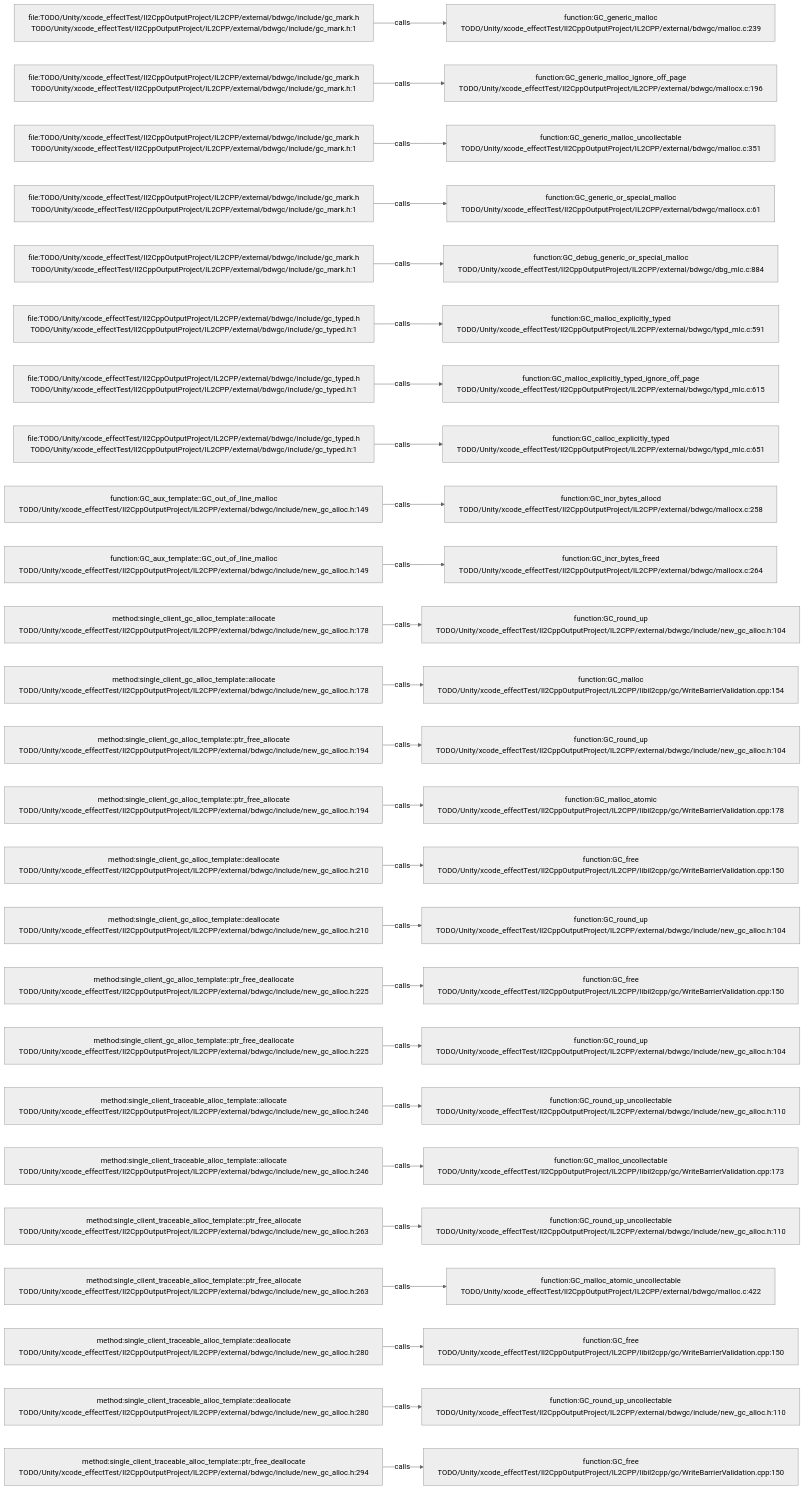
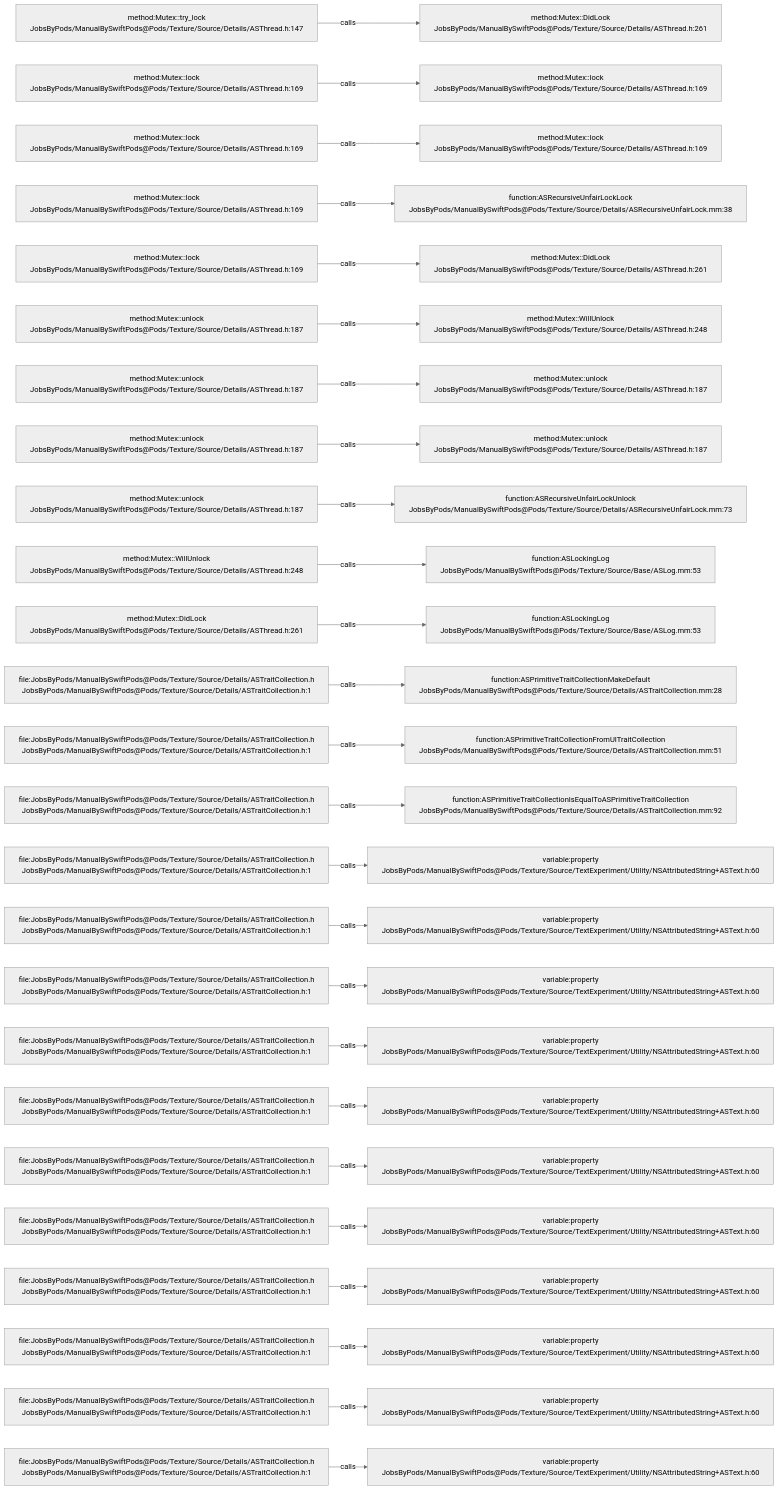
Before and after one commit to JobsKits/JobsSwiftBaseConfigDemo: the diagram in .codegraph/codegraph.md/graphs/calls-115.md, drawn with Mermaid (neutral theme). The commit also changed 2959 other files, not shown here.

````diff
--- a/.codegraph/codegraph.md/graphs/calls-115.md
+++ b/.codegraph/codegraph.md/graphs/calls-115.md
@@ -13,78 +13,78 @@
 ```mermaid
 flowchart LR
-  S1["file:TODO/Unity/xcode_effectTest/Il2CppOutputProject/IL2CPP/external/bdwgc/include/gc_mark.h<br/>TODO/Unity/xcode_effectTest/Il2CppOutputProject/IL2CPP/external/bdwgc/include/gc_mark.h:1"]
-  T1["function:GC_generic_malloc<br/>TODO/Unity/xcode_effectTest/Il2CppOutputProject/IL2CPP/external/bdwgc/malloc.c:239"]
+  S1["method:Mutex::try_lock<br/>JobsByPods/ManualBySwiftPods@Pods/Texture/Source/Details/ASThread.h:147"]
+  T1["method:Mutex::DidLock<br/>JobsByPods/ManualBySwiftPods@Pods/Texture/Source/Details/ASThread.h:261"]
   S1 -->|calls| T1
-  S2["file:TODO/Unity/xcode_effectTest/Il2CppOutputProject/IL2CPP/external/bdwgc/include/gc_mark.h<br/>TODO/Unity/xcode_effectTest/Il2CppOutputProject/IL2CPP/external/bdwgc/include/gc_mark.h:1"]
-  T2["function:GC_generic_malloc_ignore_off_page<br/>TODO/Unity/xcode_effectTest/Il2CppOutputProject/IL2CPP/external/bdwgc/mallocx.c:196"]
+  S2["method:Mutex::lock<br/>JobsByPods/ManualBySwiftPods@Pods/Texture/Source/Details/ASThread.h:169"]
+  T2["method:Mutex::lock<br/>JobsByPods/ManualBySwiftPods@Pods/Texture/Source/Details/ASThread.h:169"]
   S2 -->|calls| T2
-  S3["file:TODO/Unity/xcode_effectTest/Il2CppOutputProject/IL2CPP/external/bdwgc/include/gc_mark.h<br/>TODO/Unity/xcode_effectTest/Il2CppOutputProject/IL2CPP/external/bdwgc/include/gc_mark.h:1"]
-  T3["function:GC_generic_malloc_uncollectable<br/>TODO/Unity/xcode_effectTest/Il2CppOutputProject/IL2CPP/external/bdwgc/malloc.c:351"]
+  S3["method:Mutex::lock<br/>JobsByPods/ManualBySwiftPods@Pods/Texture/Source/Details/ASThread.h:169"]
+  T3["method:Mutex::lock<br/>JobsByPods/ManualBySwiftPods@Pods/Texture/Source/Details/ASThread.h:169"]
   S3 -->|calls| T3
-  S4["file:TODO/Unity/xcode_effectTest/Il2CppOutputProject/IL2CPP/external/bdwgc/include/gc_mark.h<br/>TODO/Unity/xcode_effectTest/Il2CppOutputProject/IL2CPP/external/bdwgc/include/gc_mark.h:1"]
-  T4["function:GC_generic_or_special_malloc<br/>TODO/Unity/xcode_effectTest/Il2CppOutputProject/IL2CPP/external/bdwgc/mallocx.c:61"]
+  S4["method:Mutex::lock<br/>JobsByPods/ManualBySwiftPods@Pods/Texture/Source/Details/ASThread.h:169"]
+  T4["function:ASRecursiveUnfairLockLock<br/>JobsByPods/ManualBySwiftPods@Pods/Texture/Source/Details/ASRecursiveUnfairLock.mm:38"]
   S4 -->|calls| T4
-  S5["file:TODO/Unity/xcode_effectTest/Il2CppOutputProject/IL2CPP/external/bdwgc/include/gc_mark.h<br/>TODO/Unity/xcode_effectTest/Il2CppOutputProject/IL2CPP/external/bdwgc/include/gc_mark.h:1"]
-  T5["function:GC_debug_generic_or_special_malloc<br/>TODO/Unity/xcode_effectTest/Il2CppOutputProject/IL2CPP/external/bdwgc/dbg_mlc.c:884"]
+  S5["method:Mutex::lock<br/>JobsByPods/ManualBySwiftPods@Pods/Texture/Source/Details/ASThread.h:169"]
+  T5["method:Mutex::DidLock<br/>JobsByPods/ManualBySwiftPods@Pods/Texture/Source/Details/ASThread.h:261"]
   S5 -->|calls| T5
-  S6["file:TODO/Unity/xcode_effectTest/Il2CppOutputProject/IL2CPP/external/bdwgc/include/gc_typed.h<br/>TODO/Unity/xcode_effectTest/Il2CppOutputProject/IL2CPP/external/bdwgc/include/gc_typed.h:1"]
-  T6["function:GC_malloc_explicitly_typed<br/>TODO/Unity/xcode_effectTest/Il2CppOutputProject/IL2CPP/external/bdwgc/typd_mlc.c:591"]
+  S6["method:Mutex::unlock<br/>JobsByPods/ManualBySwiftPods@Pods/Texture/Source/Details/ASThread.h:187"]
+  T6["method:Mutex::WillUnlock<br/>JobsByPods/ManualBySwiftPods@Pods/Texture/Source/Details/ASThread.h:248"]
   S6 -->|calls| T6
-  S7["file:TODO/Unity/xcode_effectTest/Il2CppOutputProject/IL2CPP/external/bdwgc/include/gc_typed.h<br/>TODO/Unity/xcode_effectTest/Il2CppOutputProject/IL2CPP/external/bdwgc/include/gc_typed.h:1"]
-  T7["function:GC_malloc_explicitly_typed_ignore_off_page<br/>TODO/Unity/xcode_effectTest/Il2CppOutputProject/IL2CPP/external/bdwgc/typd_mlc.c:615"]
+  S7["method:Mutex::unlock<br/>JobsByPods/ManualBySwiftPods@Pods/Texture/Source/Details/ASThread.h:187"]
+  T7["method:Mutex::unlock<br/>JobsByPods/ManualBySwiftPods@Pods/Texture/Source/Details/ASThread.h:187"]
   S7 -->|calls| T7
-  S8["file:TODO/Unity/xcode_effectTest/Il2CppOutputProject/IL2CPP/external/bdwgc/include/gc_typed.h<br/>TODO/Unity/xcode_effectTest/Il2CppOutputProject/IL2CPP/external/bdwgc/include/gc_typed.h:1"]
-  T8["function:GC_calloc_explicitly_typed<br/>TODO/Unity/xcode_effectTest/Il2CppOutputProject/IL2CPP/external/bdwgc/typd_mlc.c:651"]
+  S8["method:Mutex::unlock<br/>JobsByPods/ManualBySwiftPods@Pods/Texture/Source/Details/ASThread.h:187"]
+  T8["method:Mutex::unlock<br/>JobsByPods/ManualBySwiftPods@Pods/Texture/Source/Details/ASThread.h:187"]
   S8 -->|calls| T8
-  S9["function:GC_aux_template<dummy>::GC_out_of_line_malloc<br/>TODO/Unity/xcode_effectTest/Il2CppOutputProject/IL2CPP/external/bdwgc/include/new_gc_alloc.h:149"]
-  T9["function:GC_incr_bytes_allocd<br/>TODO/Unity/xcode_effectTest/Il2CppOutputProject/IL2CPP/external/bdwgc/mallocx.c:258"]
+  S9["method:Mutex::unlock<br/>JobsByPods/ManualBySwiftPods@Pods/Texture/Source/Details/ASThread.h:187"]
+  T9["function:ASRecursiveUnfairLockUnlock<br/>JobsByPods/ManualBySwiftPods@Pods/Texture/Source/Details/ASRecursiveUnfairLock.mm:73"]
   S9 -->|calls| T9
-  S10["function:GC_aux_template<dummy>::GC_out_of_line_malloc<br/>TODO/Unity/xcode_effectTest/Il2CppOutputProject/IL2CPP/external/bdwgc/include/new_gc_alloc.h:149"]
-  T10["function:GC_incr_bytes_freed<br/>TODO/Unity/xcode_effectTest/Il2CppOutputProject/IL2CPP/external/bdwgc/mallocx.c:264"]
+  S10["method:Mutex::WillUnlock<br/>JobsByPods/ManualBySwiftPods@Pods/Texture/Source/Details/ASThread.h:248"]
+  T10["function:ASLockingLog<br/>JobsByPods/ManualBySwiftPods@Pods/Texture/Source/Base/ASLog.mm:53"]
   S10 -->|calls| T10
-  S11["method:single_client_gc_alloc_template::allocate<br/>TODO/Unity/xcode_effectTest/Il2CppOutputProject/IL2CPP/external/bdwgc/include/new_gc_alloc.h:178"]
-  T11["function:GC_round_up<br/>TODO/Unity/xcode_effectTest/Il2CppOutputProject/IL2CPP/external/bdwgc/include/new_gc_alloc.h:104"]
+  S11["method:Mutex::DidLock<br/>JobsByPods/ManualBySwiftPods@Pods/Texture/Source/Details/ASThread.h:261"]
+  T11["function:ASLockingLog<br/>JobsByPods/ManualBySwiftPods@Pods/Texture/Source/Base/ASLog.mm:53"]
   S11 -->|calls| T11
-  S12["method:single_client_gc_alloc_template::allocate<br/>TODO/Unity/xcode_effectTest/Il2CppOutputProject/IL2CPP/external/bdwgc/include/new_gc_alloc.h:178"]
-  T12["function:GC_malloc<br/>TODO/Unity/xcode_effectTest/Il2CppOutputProject/IL2CPP/libil2cpp/gc/WriteBarrierValidation.cpp:154"]
+  S12["file:JobsByPods/ManualBySwiftPods@Pods/Texture/Source/Details/ASTraitCollection.h<br/>JobsByPods/ManualBySwiftPods@Pods/Texture/Source/Details/ASTraitCollection.h:1"]
+  T12["function:ASPrimitiveTraitCollectionMakeDefault<br/>JobsByPods/ManualBySwiftPods@Pods/Texture/Source/Details/ASTraitCollection.mm:28"]
   S12 -->|calls| T12
-  S13["method:single_client_gc_alloc_template::ptr_free_allocate<br/>TODO/Unity/xcode_effectTest/Il2CppOutputProject/IL2CPP/external/bdwgc/include/new_gc_alloc.h:194"]
-  T13["function:GC_round_up<br/>TODO/Unity/xcode_effectTest/Il2CppOutputProject/IL2CPP/external/bdwgc/include/new_gc_alloc.h:104"]
+  S13["file:JobsByPods/ManualBySwiftPods@Pods/Texture/Source/Details/ASTraitCollection.h<br/>JobsByPods/ManualBySwiftPods@Pods/Texture/Source/Details/ASTraitCollection.h:1"]
+  T13["function:ASPrimitiveTraitCollectionFromUITraitCollection<br/>JobsByPods/ManualBySwiftPods@Pods/Texture/Source/Details/ASTraitCollection.mm:51"]
   S13 -->|calls| T13
-  S14["method:single_client_gc_alloc_template::ptr_free_allocate<br/>TODO/Unity/xcode_effectTest/Il2CppOutputProject/IL2CPP/external/bdwgc/include/new_gc_alloc.h:194"]
-  T14["function:GC_malloc_atomic<br/>TODO/Unity/xcode_effectTest/Il2CppOutputProject/IL2CPP/libil2cpp/gc/WriteBarrierValidation.cpp:178"]
+  S14["file:JobsByPods/ManualBySwiftPods@Pods/Texture/Source/Details/ASTraitCollection.h<br/>JobsByPods/ManualBySwiftPods@Pods/Texture/Source/Details/ASTraitCollection.h:1"]
+  T14["function:ASPrimitiveTraitCollectionIsEqualToASPrimitiveTraitCollection<br/>JobsByPods/ManualBySwiftPods@Pods/Texture/Source/Details/ASTraitCollection.mm:92"]
   S14 -->|calls| T14
-  S15["method:single_client_gc_alloc_template::deallocate<br/>TODO/Unity/xcode_effectTest/Il2CppOutputProject/IL2CPP/external/bdwgc/include/new_gc_alloc.h:210"]
-  T15["function:GC_free<br/>TODO/Unity/xcode_effectTest/Il2CppOutputProject/IL2CPP/libil2cpp/gc/WriteBarrierValidation.cpp:150"]
+  S15["file:JobsByPods/ManualBySwiftPods@Pods/Texture/Source/Details/ASTraitCollection.h<br/>JobsByPods/ManualBySwiftPods@Pods/Texture/Source/Details/ASTraitCollection.h:1"]
+  T15["variable:property<br/>JobsByPods/ManualBySwiftPods@Pods/Texture/Source/TextExperiment/Utility/NSAttributedString+ASText.h:60"]
   S15 -->|calls| T15
-  S16["method:single_client_gc_alloc_template::deallocate<br/>TODO/Unity/xcode_effectTest/Il2CppOutputProject/IL2CPP/external/bdwgc/include/new_gc_alloc.h:210"]
-  T16["function:GC_round_up<br/>TODO/Unity/xcode_effectTest/Il2CppOutputProject/IL2CPP/external/bdwgc/include/new_gc_alloc.h:104"]
+  S16["file:JobsByPods/ManualBySwiftPods@Pods/Texture/Source/Details/ASTraitCollection.h<br/>JobsByPods/ManualBySwiftPods@Pods/Texture/Source/Details/ASTraitCollection.h:1"]
+  T16["variable:property<br/>JobsByPods/ManualBySwiftPods@Pods/Texture/Source/TextExperiment/Utility/NSAttributedString+ASText.h:60"]
   S16 -->|calls| T16
-  S17["method:single_client_gc_alloc_template::ptr_free_deallocate<br/>TODO/Unity/xcode_effectTest/Il2CppOutputProject/IL2CPP/external/bdwgc/include/new_gc_alloc.h:225"]
-  T17["function:GC_free<br/>TODO/Unity/xcode_effectTest/Il2CppOutputProject/IL2CPP/libil2cpp/gc/WriteBarrierValidation.cpp:150"]
+  S17["file:JobsByPods/ManualBySwiftPods@Pods/Texture/Source/Details/ASTraitCollection.h<br/>JobsByPods/ManualBySwiftPods@Pods/Texture/Source/Details/ASTraitCollection.h:1"]
+  T17["variable:property<br/>JobsByPods/ManualBySwiftPods@Pods/Texture/Source/TextExperiment/Utility/NSAttributedString+ASText.h:60"]
   S17 -->|calls| T17
-  S18["method:single_client_gc_alloc_template::ptr_free_deallocate<br/>TODO/Unity/xcode_effectTest/Il2CppOutputProject/IL2CPP/external/bdwgc/include/new_gc_alloc.h:225"]
-  T18["function:GC_round_up<br/>TODO/Unity/xcode_effectTest/Il2CppOutputProject/IL2CPP/external/bdwgc/include/new_gc_alloc.h:104"]
+  S18["file:JobsByPods/ManualBySwiftPods@Pods/Texture/Source/Details/ASTraitCollection.h<br/>JobsByPods/ManualBySwiftPods@Pods/Texture/Source/Details/ASTraitCollection.h:1"]
+  T18["variable:property<br/>JobsByPods/ManualBySwiftPods@Pods/Texture/Source/TextExperiment/Utility/NSAttributedString+ASText.h:60"]
   S18 -->|calls| T18
-  S19["method:single_client_traceable_alloc_template::allocate<br/>TODO/Unity/xcode_effectTest/Il2CppOutputProject/IL2CPP/external/bdwgc/include/new_gc_alloc.h:246"]
-  T19["function:GC_round_up_uncollectable<br/>TODO/Unity/xcode_effectTest/Il2CppOutputProject/IL2CPP/external/bdwgc/include/new_gc_alloc.h:110"]
+  S19["file:JobsByPods/ManualBySwiftPods@Pods/Texture/Source/Details/ASTraitCollection.h<br/>JobsByPods/ManualBySwiftPods@Pods/Texture/Source/Details/ASTraitCollection.h:1"]
+  T19["variable:property<br/>JobsByPods/ManualBySwiftPods@Pods/Texture/Source/TextExperiment/Utility/NSAttributedString+ASText.h:60"]
   S19 -->|calls| T19
-  S20["method:single_client_traceable_alloc_template::allocate<br/>TODO/Unity/xcode_effectTest/Il2CppOutputProject/IL2CPP/external/bdwgc/include/new_gc_alloc.h:246"]
-  T20["function:GC_malloc_uncollectable<br/>TODO/Unity/xcode_effectTest/Il2CppOutputProject/IL2CPP/libil2cpp/gc/WriteBarrierValidation.cpp:173"]
+  S20["file:JobsByPods/ManualBySwiftPods@Pods/Texture/Source/Details/ASTraitCollection.h<br/>JobsByPods/ManualBySwiftPods@Pods/Texture/Source/Details/ASTraitCollection.h:1"]
+  T20["variable:property<br/>JobsByPods/ManualBySwiftPods@Pods/Texture/Source/TextExperiment/Utility/NSAttributedString+ASText.h:60"]
   S20 -->|calls| T20
-  S21["method:single_client_traceable_alloc_template::ptr_free_allocate<br/>TODO/Unity/xcode_effectTest/Il2CppOutputProject/IL2CPP/external/bdwgc/include/new_gc_alloc.h:263"]
-  T21["function:GC_round_up_uncollectable<br/>TODO/Unity/xcode_effectTest/Il2CppOutputProject/IL2CPP/external/bdwgc/include/new_gc_alloc.h:110"]
+  S21["file:JobsByPods/ManualBySwiftPods@Pods/Texture/Source/Details/ASTraitCollection.h<br/>JobsByPods/ManualBySwiftPods@Pods/Texture/Source/Details/ASTraitCollection.h:1"]
+  T21["variable:property<br/>JobsByPods/ManualBySwiftPods@Pods/Texture/Source/TextExperiment/Utility/NSAttributedString+ASText.h:60"]
   S21 -->|calls| T21
-  S22["method:single_client_traceable_alloc_template::ptr_free_allocate<br/>TODO/Unity/xcode_effectTest/Il2CppOutputProject/IL2CPP/external/bdwgc/include/new_gc_alloc.h:263"]
-  T22["function:GC_malloc_atomic_uncollectable<br/>TODO/Unity/xcode_effectTest/Il2CppOutputProject/IL2CPP/external/bdwgc/malloc.c:422"]
+  S22["file:JobsByPods/ManualBySwiftPods@Pods/Texture/Source/Details/ASTraitCollection.h<br/>JobsByPods/ManualBySwiftPods@Pods/Texture/Source/Details/ASTraitCollection.h:1"]
+  T22["variable:property<br/>JobsByPods/ManualBySwiftPods@Pods/Texture/Source/TextExperiment/Utility/NSAttributedString+ASText.h:60"]
   S22 -->|calls| T22
-  S23["method:single_client_traceable_alloc_template::deallocate<br/>TODO/Unity/xcode_effectTest/Il2CppOutputProject/IL2CPP/external/bdwgc/include/new_gc_alloc.h:280"]
-  T23["function:GC_free<br/>TODO/Unity/xcode_effectTest/Il2CppOutputProject/IL2CPP/libil2cpp/gc/WriteBarrierValidation.cpp:150"]
+  S23["file:JobsByPods/ManualBySwiftPods@Pods/Texture/Source/Details/ASTraitCollection.h<br/>JobsByPods/ManualBySwiftPods@Pods/Texture/Source/Details/ASTraitCollection.h:1"]
+  T23["variable:property<br/>JobsByPods/ManualBySwiftPods@Pods/Texture/Source/TextExperiment/Utility/NSAttributedString+ASText.h:60"]
   S23 -->|calls| T23
-  S24["method:single_client_traceable_alloc_template::deallocate<br/>TODO/Unity/xcode_effectTest/Il2CppOutputProject/IL2CPP/external/bdwgc/include/new_gc_alloc.h:280"]
-  T24["function:GC_round_up_uncollectable<br/>TODO/Unity/xcode_effectTest/Il2CppOutputProject/IL2CPP/external/bdwgc/include/new_gc_alloc.h:110"]
+  S24["file:JobsByPods/ManualBySwiftPods@Pods/Texture/Source/Details/ASTraitCollection.h<br/>JobsByPods/ManualBySwiftPods@Pods/Texture/Source/Details/ASTraitCollection.h:1"]
+  T24["variable:property<br/>JobsByPods/ManualBySwiftPods@Pods/Texture/Source/TextExperiment/Utility/NSAttributedString+ASText.h:60"]
   S24 -->|calls| T24
-  S25["method:single_client_traceable_alloc_template::ptr_free_deallocate<br/>TODO/Unity/xcode_effectTest/Il2CppOutputProject/IL2CPP/external/bdwgc/include/new_gc_alloc.h:294"]
-  T25["function:GC_free<br/>TODO/Unity/xcode_effectTest/Il2CppOutputProject/IL2CPP/libil2cpp/gc/WriteBarrierValidation.cpp:150"]
+  S25["file:JobsByPods/ManualBySwiftPods@Pods/Texture/Source/Details/ASTraitCollection.h<br/>JobsByPods/ManualBySwiftPods@Pods/Texture/Source/Details/ASTraitCollection.h:1"]
+  T25["variable:property<br/>JobsByPods/ManualBySwiftPods@Pods/Texture/Source/TextExperiment/Utility/NSAttributedString+ASText.h:60"]
   S25 -->|calls| T25
 ```
````
